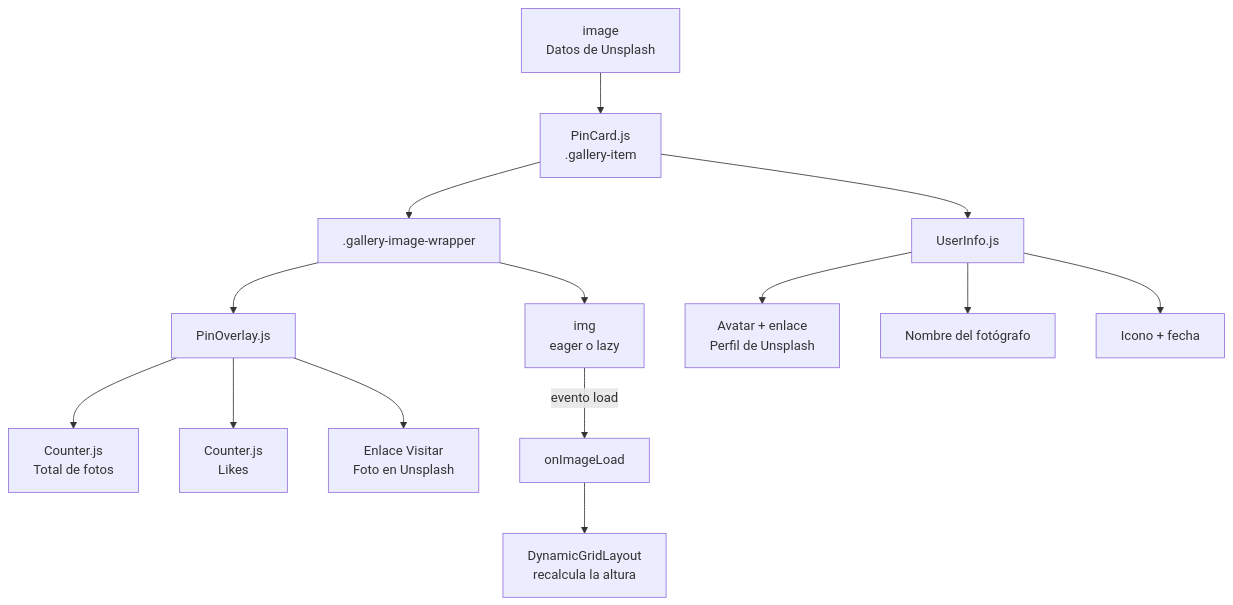
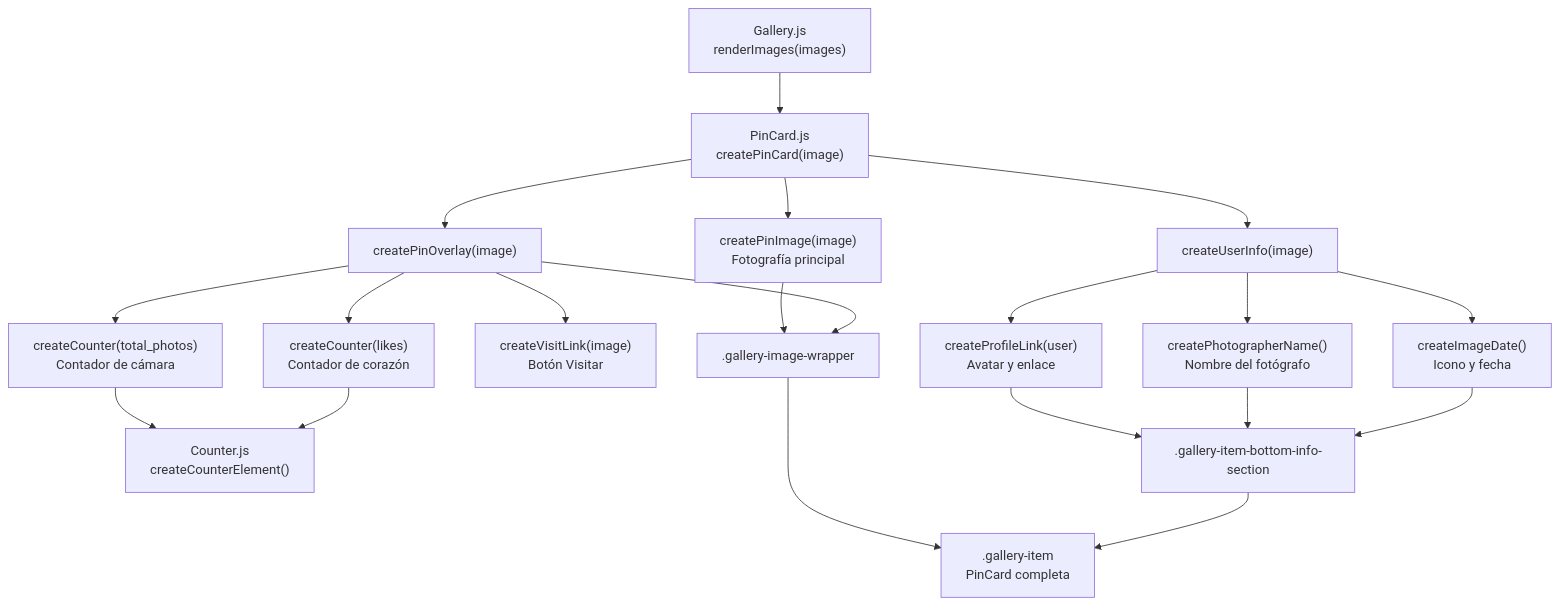
The third of 3 diagrams in docs/dev-notes/notas-desarrollo.md (candytale55/pinterest-clone), drawn with Mermaid before and after one commit. The commit also changed other lines of this file and 4 other files, not shown here.

Commit message:
pin-card: revisión de comentarios y diagrama - enhance documentation and improve code comments across multiple components

````diff
--- a/docs/dev-notes/notas-desarrollo.md
+++ b/docs/dev-notes/notas-desarrollo.md
@@ -82,19 +82,27 @@
 ```mermaid
 flowchart TD
-    DATA["image<br/>Datos de Unsplash"] --> PIN["PinCard.js<br/>.gallery-item"]
+    RENDER["Gallery.js<br/>renderImages(images)"] --> CARD["PinCard.js<br/>createPinCard(image)"]
 
-    PIN --> WRAPPER[".gallery-image-wrapper"]
-    WRAPPER --> IMAGE["img<br/>eager o lazy"]
-    WRAPPER --> OVERLAY["PinOverlay.js"]
-    OVERLAY --> PHOTOS["Counter.js<br/>Total de fotos"]
-    OVERLAY --> LIKES["Counter.js<br/>Likes"]
-    OVERLAY --> VISIT["Enlace Visitar<br/>Foto en Unsplash"]
+    CARD --> IMAGE["createPinImage(image)<br/>Fotografía principal"]
+    CARD --> OVERLAY["createPinOverlay(image)"]
+    CARD --> USER["createUserInfo(image)"]
 
-    PIN --> USER["UserInfo.js"]
-    USER --> PROFILE["Avatar + enlace<br/>Perfil de Unsplash"]
-    USER --> NAME["Nombre del fotógrafo"]
-    USER --> DATE["Icono + fecha"]
+    OVERLAY --> PHOTOS["createCounter(total_photos)<br/>Contador de cámara"]
+    OVERLAY --> LIKES["createCounter(likes)<br/>Contador de corazón"]
+    OVERLAY --> VISIT["createVisitLink(image)<br/>Botón Visitar"]
 
-    IMAGE -- "evento load" --> CALLBACK["onImageLoad"]
-    CALLBACK --> GRID["DynamicGridLayout<br/>recalcula la altura"]
+    PHOTOS --> COUNTER["Counter.js<br/>createCounterElement()"]
+    LIKES --> COUNTER
+
+    USER --> PROFILE["createProfileLink(user)<br/>Avatar y enlace"]
+    USER --> NAME["createPhotographerName()<br/>Nombre del fotógrafo"]
+    USER --> DATE["createImageDate()<br/>Icono y fecha"]
+
+    IMAGE --> WRAPPER[".gallery-image-wrapper"]
+    OVERLAY --> WRAPPER
+    PROFILE --> INFO[".gallery-item-bottom-info-section"]
+    NAME --> INFO
+    DATE --> INFO
+    WRAPPER --> RESULT[".gallery-item<br/>PinCard completa"]
+    INFO --> RESULT
 ```
````
